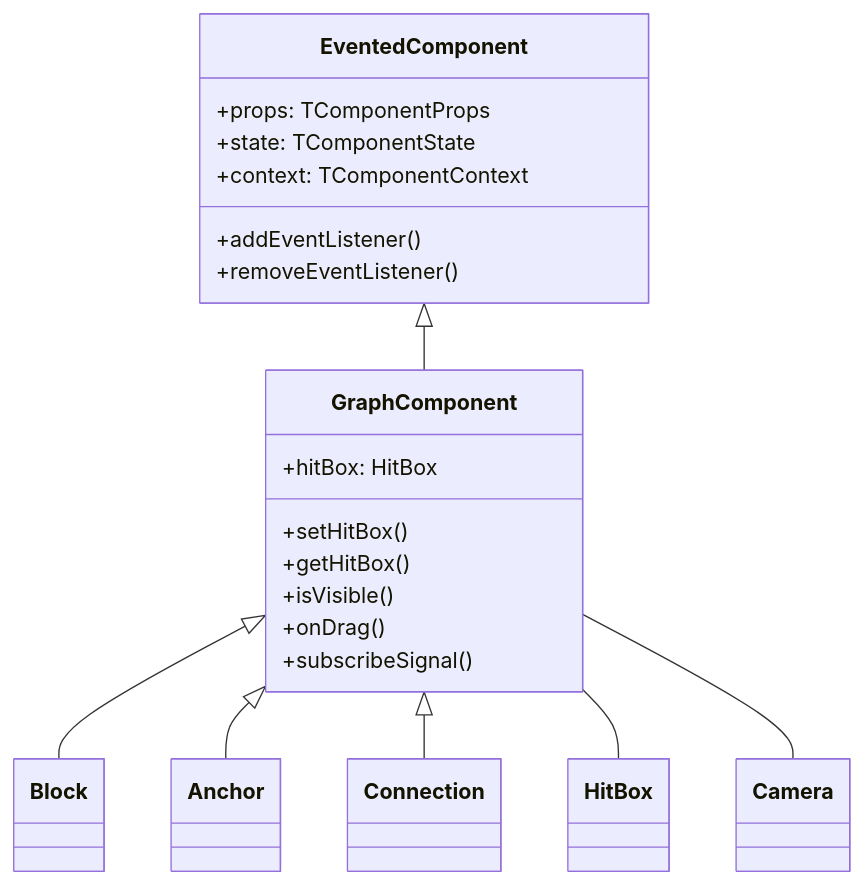
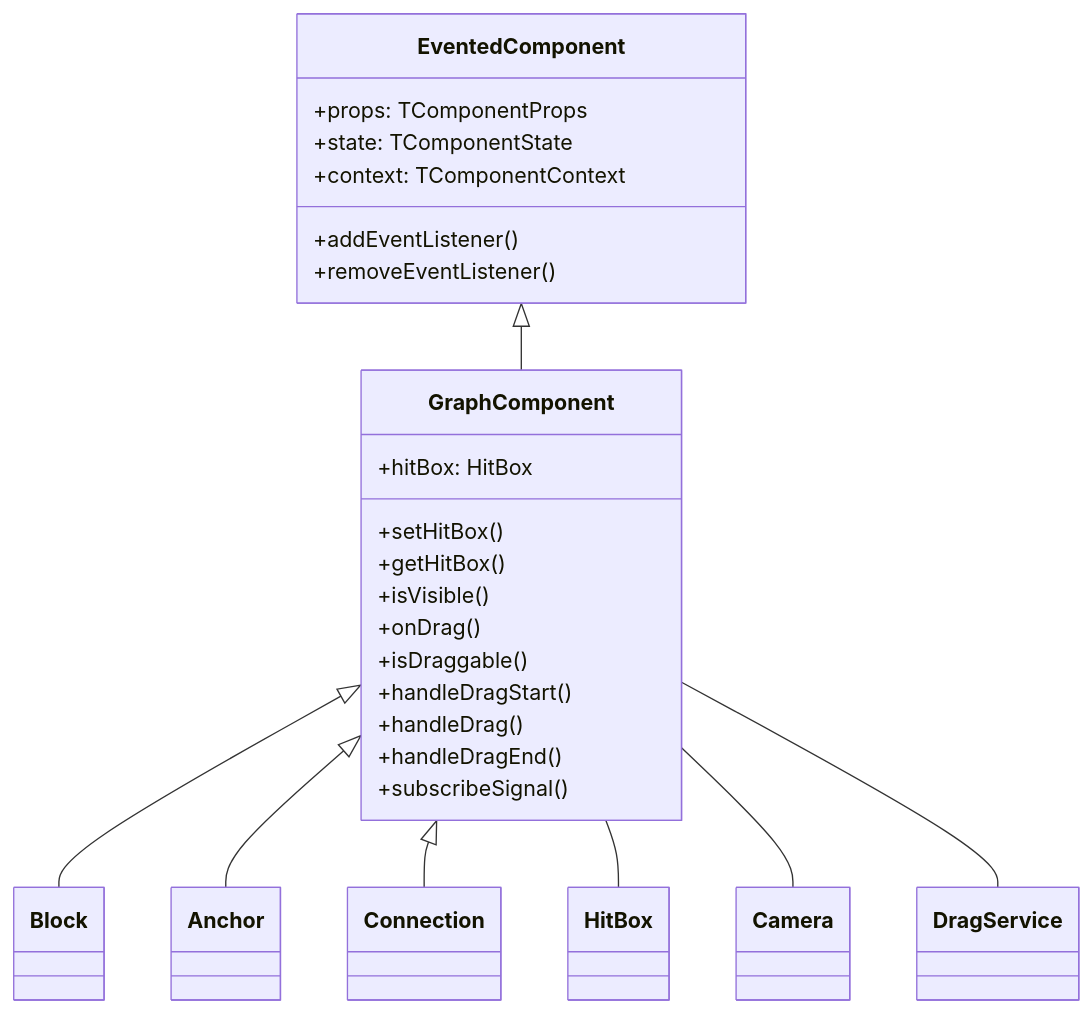
Before and after one commit to gravity-ui/graph: the first of 2 diagrams in docs/components/canvas-graph-component.md, drawn with Mermaid. The commit also changed other lines of this file and 11 other files, not shown here.

````diff
--- a/docs/components/canvas-graph-component.md
+++ b/docs/components/canvas-graph-component.md
@@ -9,26 +9,31 @@
 ```mermaid
 classDiagram
     EventedComponent <|-- GraphComponent
     GraphComponent <|-- Block
     GraphComponent <|-- Anchor
     GraphComponent <|-- Connection
     GraphComponent -- HitBox
     GraphComponent -- Camera
+    GraphComponent -- DragService
     
     class EventedComponent {
         +props: TComponentProps
         +state: TComponentState
         +context: TComponentContext
         +addEventListener()
         +removeEventListener()
     }
     
     class GraphComponent {
         +hitBox: HitBox
         +setHitBox()
         +getHitBox()
         +isVisible()
         +onDrag()
+        +isDraggable()
+        +handleDragStart()
+        +handleDrag()
+        +handleDragEnd()
         +subscribeSignal()
     }
 ```
````
